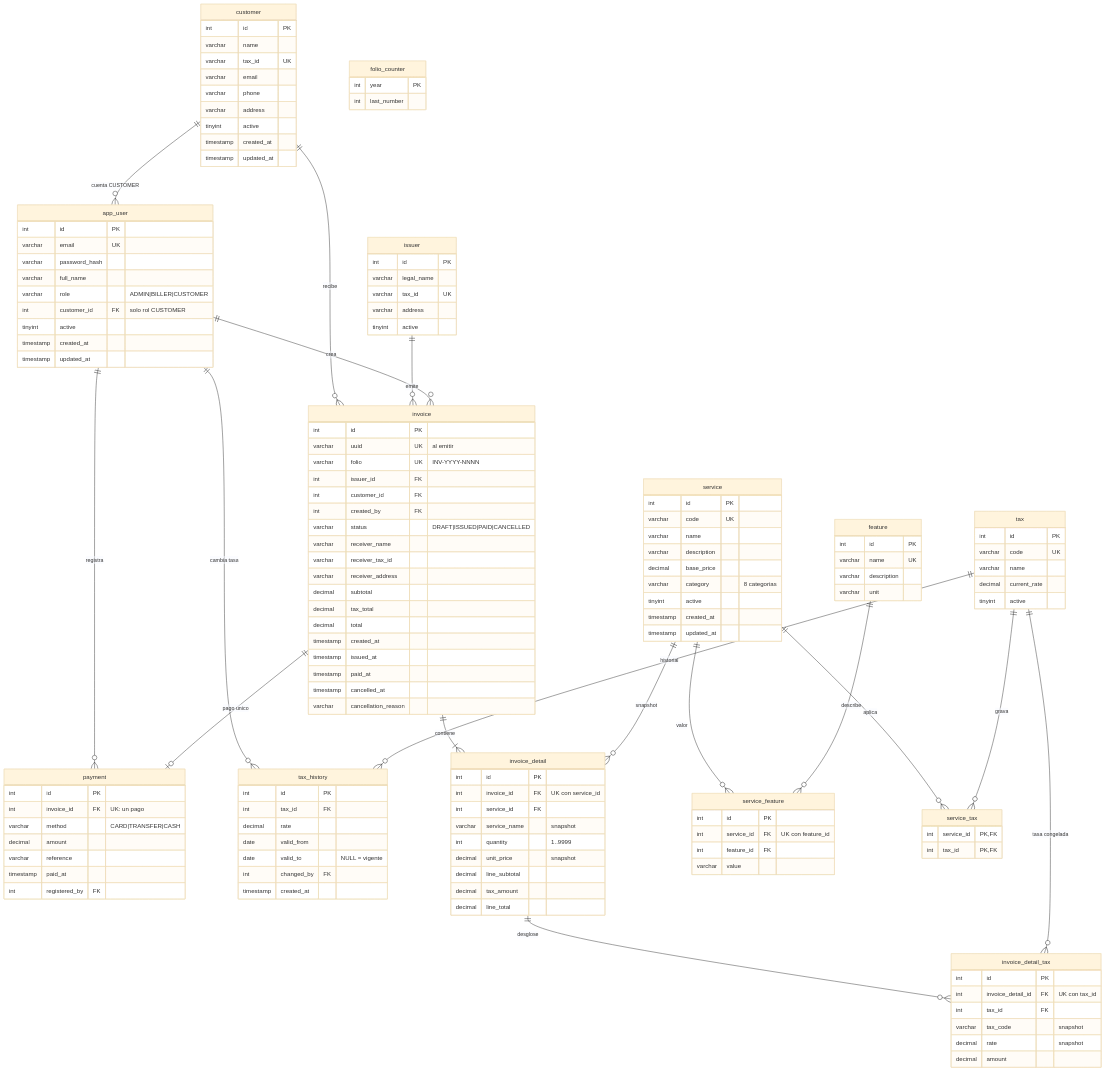
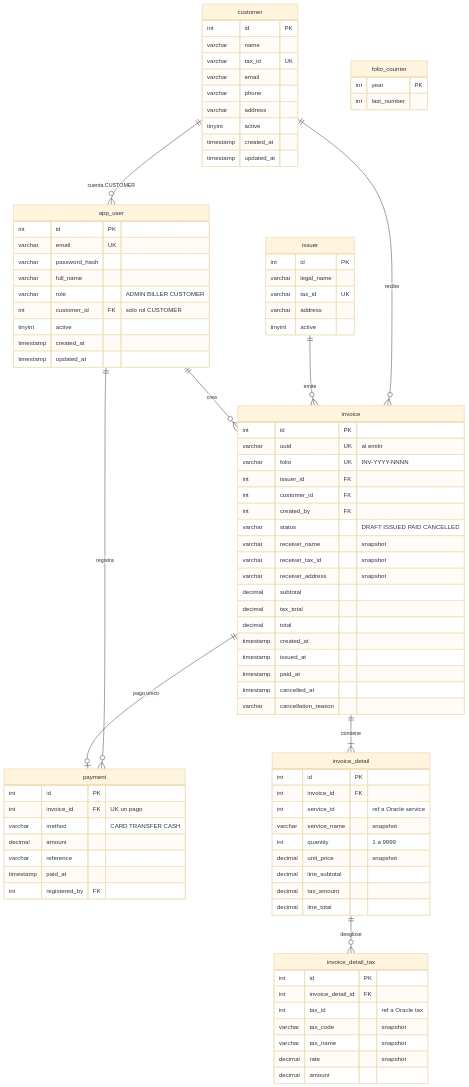
The diagram in avance-1/Diagramas/DER-mysql.md (getsai18/optativateam), drawn with Mermaid (base theme) before and after one commit. The commit also changed other lines of this file and 4 other files, not shown here.

```diff
--- a/avance-1/Diagramas/DER-mysql.md
+++ b/avance-1/Diagramas/DER-mysql.md
@@ -10,17 +10,9 @@
     issuer ||--o{ invoice : "emite"
     app_user ||--o{ invoice : "crea"
     app_user ||--o{ payment : "registra"
-    app_user ||--o{ tax_history : "cambia tasa"
     invoice ||--|{ invoice_detail : "contiene"
     invoice ||--o| payment : "pago unico"
-    service ||--o{ invoice_detail : "snapshot"
     invoice_detail ||--o{ invoice_detail_tax : "desglose"
-    tax ||--o{ invoice_detail_tax : "tasa congelada"
-    service ||--o{ service_feature : "valor"
-    feature ||--o{ service_feature : "describe"
-    service ||--o{ service_tax : "aplica"
-    tax ||--o{ service_tax : "grava"
-    tax ||--o{ tax_history : "historial"
 
     customer {
         int id PK
@@ -38,7 +30,7 @@
         varchar email UK
         varchar password_hash
         varchar full_name
-        varchar role "ADMIN|BILLER|CUSTOMER"
+        varchar role "ADMIN BILLER CUSTOMER"
         int customer_id FK "solo rol CUSTOMER"
         tinyint active
         timestamp created_at
@@ -51,49 +43,6 @@
         varchar address
         tinyint active
     }
-    tax {
-        int id PK
-        varchar code UK
-        varchar name
-        decimal current_rate
-        tinyint active
-    }
-    tax_history {
-        int id PK
-        int tax_id FK
-        decimal rate
-        date valid_from
-        date valid_to "NULL = vigente"
-        int changed_by FK
-        timestamp created_at
-    }
-    service {
-        int id PK
-        varchar code UK
-        varchar name
-        varchar description
-        decimal base_price
-        varchar category "8 categorias"
-        tinyint active
-        timestamp created_at
-        timestamp updated_at
-    }
-    feature {
-        int id PK
-        varchar name UK
-        varchar description
-        varchar unit
-    }
-    service_feature {
-        int id PK
-        int service_id FK "UK con feature_id"
-        int feature_id FK
-        varchar value
-    }
-    service_tax {
-        int service_id PK,FK
-        int tax_id PK,FK
-    }
     invoice {
         int id PK
         varchar uuid UK "al emitir"
@@ -101,10 +50,10 @@
         int issuer_id FK
         int customer_id FK
         int created_by FK
-        varchar status "DRAFT|ISSUED|PAID|CANCELLED"
-        varchar receiver_name
-        varchar receiver_tax_id
-        varchar receiver_address
+        varchar status "DRAFT ISSUED PAID CANCELLED"
+        varchar receiver_name "snapshot"
+        varchar receiver_tax_id "snapshot"
+        varchar receiver_address "snapshot"
         decimal subtotal
         decimal tax_total
         decimal total
@@ -116,10 +65,10 @@
     }
     invoice_detail {
         int id PK
-        int invoice_id FK "UK con service_id"
-        int service_id FK
+        int invoice_id FK
+        int service_id "ref a Oracle service"
         varchar service_name "snapshot"
-        int quantity "1..9999"
+        int quantity "1 a 9999"
         decimal unit_price "snapshot"
         decimal line_subtotal
         decimal tax_amount
@@ -127,9 +76,10 @@
     }
     invoice_detail_tax {
         int id PK
-        int invoice_detail_id FK "UK con tax_id"
-        int tax_id FK
+        int invoice_detail_id FK
+        int tax_id "ref a Oracle tax"
         varchar tax_code "snapshot"
+        varchar tax_name "snapshot"
         decimal rate "snapshot"
         decimal amount
     }
@@ -139,8 +89,8 @@
     }
     payment {
         int id PK
-        int invoice_id FK "UK: un pago"
-        varchar method "CARD|TRANSFER|CASH"
+        int invoice_id FK "UK un pago"
+        varchar method "CARD TRANSFER CASH"
         decimal amount
         varchar reference
         timestamp paid_at
```
